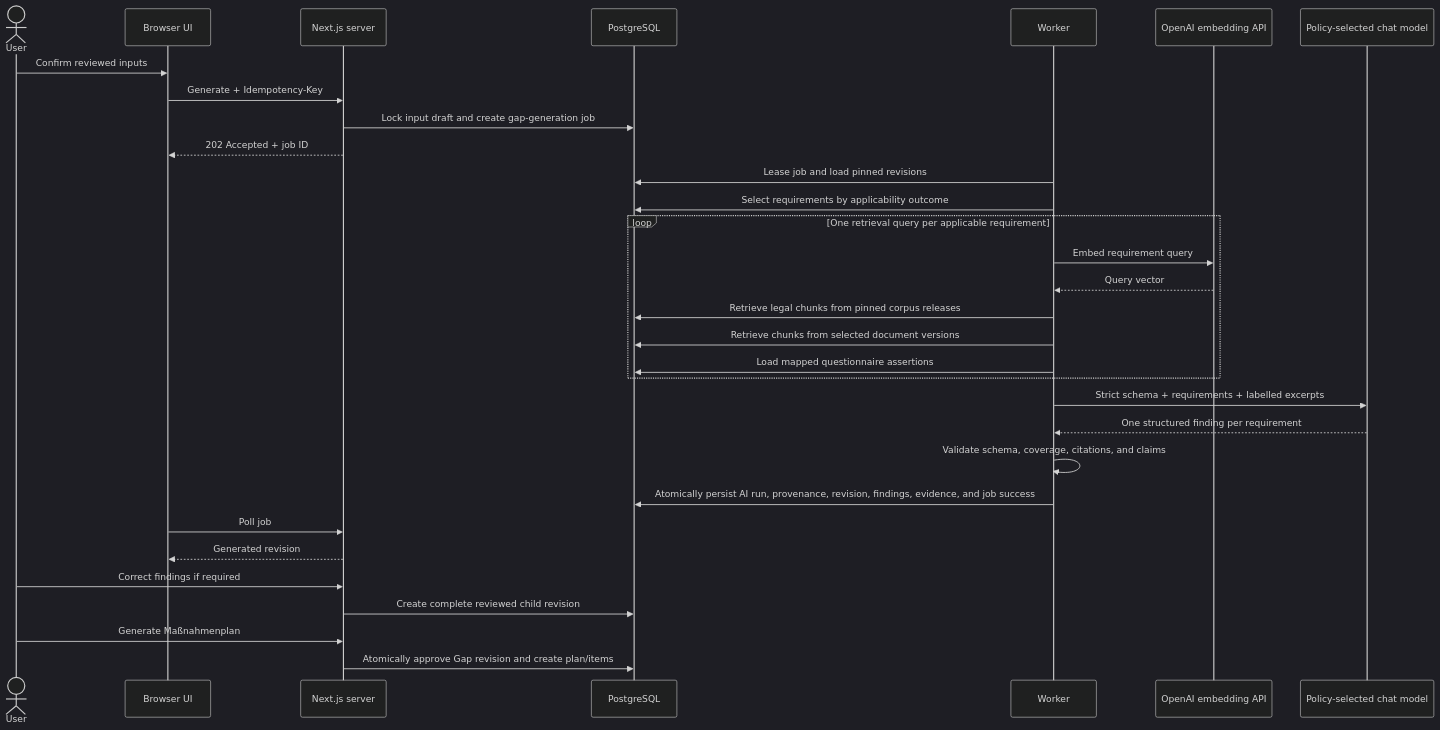
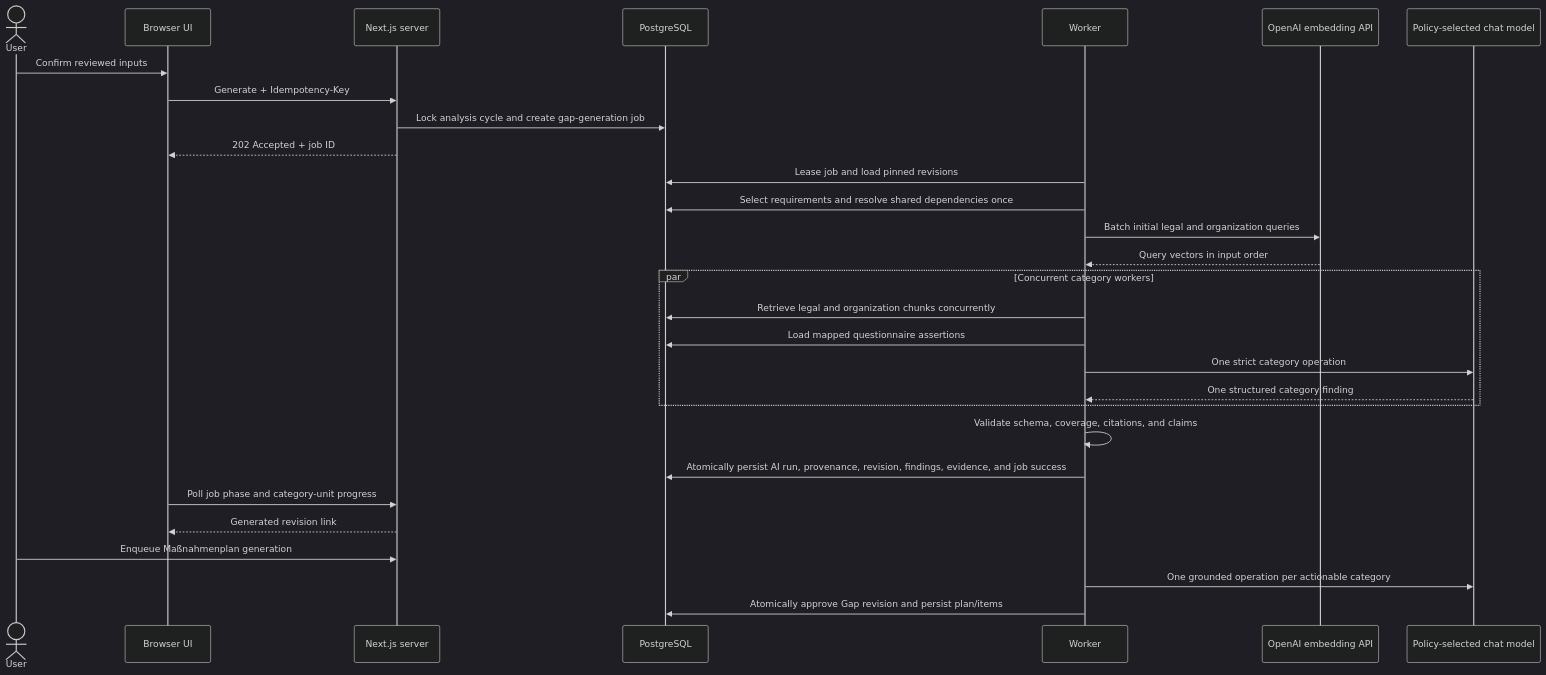
Before and after one commit to nxkolas/compliance: the third of 3 diagrams in my-app/docs/architecture/end-to-end-compliance-workflow.md, drawn with Mermaid (dark theme). The commit also changed other lines of this file and 94 other files, not shown here.

Commit message:
feat: gap-analysis new api and different ai calling

````diff
--- a/my-app/docs/architecture/end-to-end-compliance-workflow.md
+++ b/my-app/docs/architecture/end-to-end-compliance-workflow.md
@@ -463,34 +464,32 @@
 ```mermaid
 sequenceDiagram
     actor User
     participant UI as Browser UI
     participant API as Next.js server
     participant DB as PostgreSQL
     participant Worker
     participant Embed as OpenAI embedding API
     participant Model as Policy-selected chat model
 
     User->>UI: Confirm reviewed inputs
     UI->>API: Generate + Idempotency-Key
-    API->>DB: Lock input draft and create gap-generation job
+    API->>DB: Lock analysis cycle and create gap-generation job
     API-->>UI: 202 Accepted + job ID
     Worker->>DB: Lease job and load pinned revisions
-    Worker->>DB: Select requirements by applicability outcome
-    loop One retrieval query per applicable requirement
-        Worker->>Embed: Embed requirement query
-        Embed-->>Worker: Query vector
-        Worker->>DB: Retrieve legal chunks from pinned corpus releases
-        Worker->>DB: Retrieve chunks from selected document versions
+    Worker->>DB: Select requirements and resolve shared dependencies once
+    Worker->>Embed: Batch initial legal and organization queries
+    Embed-->>Worker: Query vectors in input order
+    par Concurrent category workers
+        Worker->>DB: Retrieve legal and organization chunks concurrently
         Worker->>DB: Load mapped questionnaire assertions
+        Worker->>Model: One strict category operation
+        Model-->>Worker: One structured category finding
     end
-    Worker->>Model: Strict schema + requirements + labelled excerpts
-    Model-->>Worker: One structured finding per requirement
     Worker->>Worker: Validate schema, coverage, citations, and claims
     Worker->>DB: Atomically persist AI run, provenance, revision, findings, evidence, and job success
-    UI->>API: Poll job
-    API-->>UI: Generated revision
-    User->>API: Correct findings if required
-    API->>DB: Create complete reviewed child revision
-    User->>API: Generate Maßnahmenplan
-    API->>DB: Atomically approve Gap revision and create plan/items
+    UI->>API: Poll job phase and category-unit progress
+    API-->>UI: Generated revision link
+    User->>API: Enqueue Maßnahmenplan generation
+    Worker->>Model: One grounded operation per actionable category
+    Worker->>DB: Atomically approve Gap revision and persist plan/items
 ```
````
